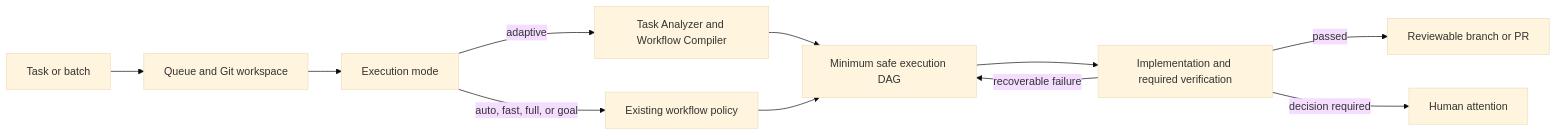
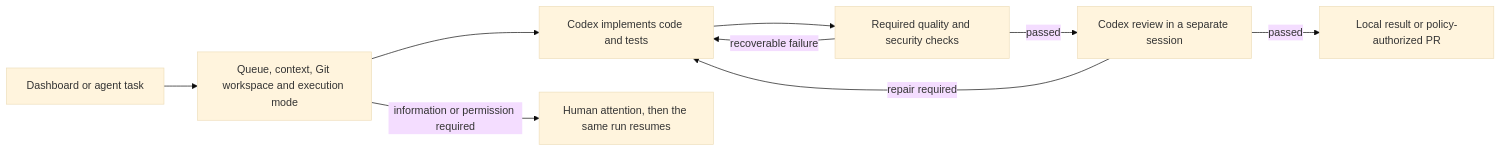
Before and after one commit to mdvcode/agents: the diagram in README.md, drawn with Mermaid (base theme). The commit also changed other lines of this file and 2 other files, not shown here.

Commit message:
docs: explain task workflow and next delivery priorities

````diff
--- a/README.md
+++ b/README.md
@@ -29,13 +36,11 @@
 ```mermaid
 flowchart LR
-    A["Task or batch"] --> B["Queue and Git workspace"]
-    B --> C["Execution mode"]
-    C -->|"adaptive"| D["Task Analyzer and Workflow Compiler"]
-    C -->|"auto, fast, full, or goal"| E["Existing workflow policy"]
-    D --> F["Minimum safe execution DAG"]
-    E --> F
-    F --> G["Implementation and required verification"]
-    G -->|"recoverable failure"| F
-    G -->|"passed"| H["Reviewable branch or PR"]
-    G -->|"decision required"| I["Human attention"]
+    A["Dashboard or agent task"] --> B["Queue, context, Git workspace and execution mode"]
+    B --> C["Codex implements code and tests"]
+    C --> D["Required quality and security checks"]
+    D -->|"passed"| E["Codex review in a separate session"]
+    D -->|"recoverable failure"| C
+    E -->|"repair required"| C
+    E -->|"passed"| F["Local result or policy-authorized PR"]
+    B -->|"information or permission required"| G["Human attention, then the same run resumes"]
 ```
````
